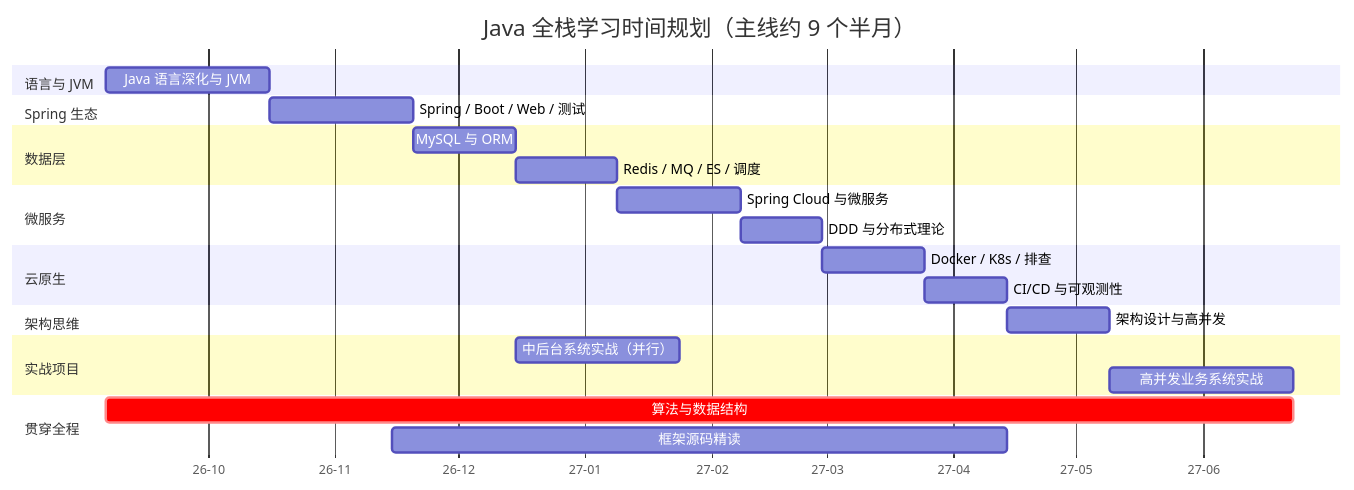
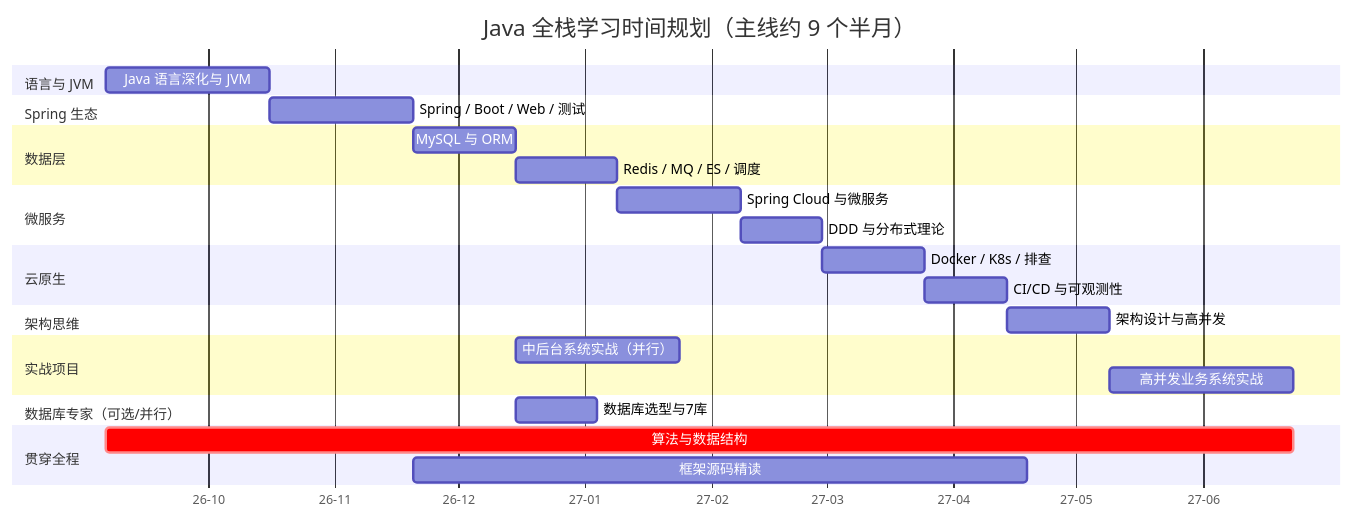
Before and after one commit to umlink/java-full-stack: the diagram in docs/08-学习时间规划.md, drawn with Mermaid. The commit also changed other lines of this file and 42 other files, not shown here.

````diff
--- a/docs/08-学习时间规划.md
+++ b/docs/08-学习时间规划.md
@@ -7,35 +7,38 @@
 ```mermaid
 gantt
     title Java 全栈学习时间规划（主线约 9 个半月）
     dateFormat  YYYY-MM-DD
     axisFormat  %y-%m
 
     section 语言与 JVM
     Java 语言深化与 JVM        :a1, 2026-09-06, 40d
 
     section Spring 生态
     Spring / Boot / Web / 测试  :a2, after a1, 35d
 
     section 数据层
     MySQL 与 ORM              :a3, after a2, 25d
     Redis / MQ / ES / 调度     :a4, after a3, 25d
 
     section 微服务
     Spring Cloud 与微服务      :a5, after a4, 30d
     DDD 与分布式理论           :a6, after a5, 20d
 
     section 云原生
     Docker / K8s / 排查        :a7, after a6, 25d
     CI/CD 与可观测性           :a8, after a7, 20d
 
     section 架构思维
     架构设计与高并发           :a9, after a8, 25d
 
     section 实战项目
     中后台系统实战（并行）      :a10, after a3, 40d
     高并发业务系统实战          :a11, after a9, 45d
 
+    section 数据库专家（可选/并行）
+    数据库选型与7库           :a12, after a3, 20d
+
     section 贯穿全程
     算法与数据结构              :crit, 2026-09-06, 290d
-    框架源码精读                :2026-11-15, 150d
+    框架源码精读                :after a2, 150d
 ```
````
